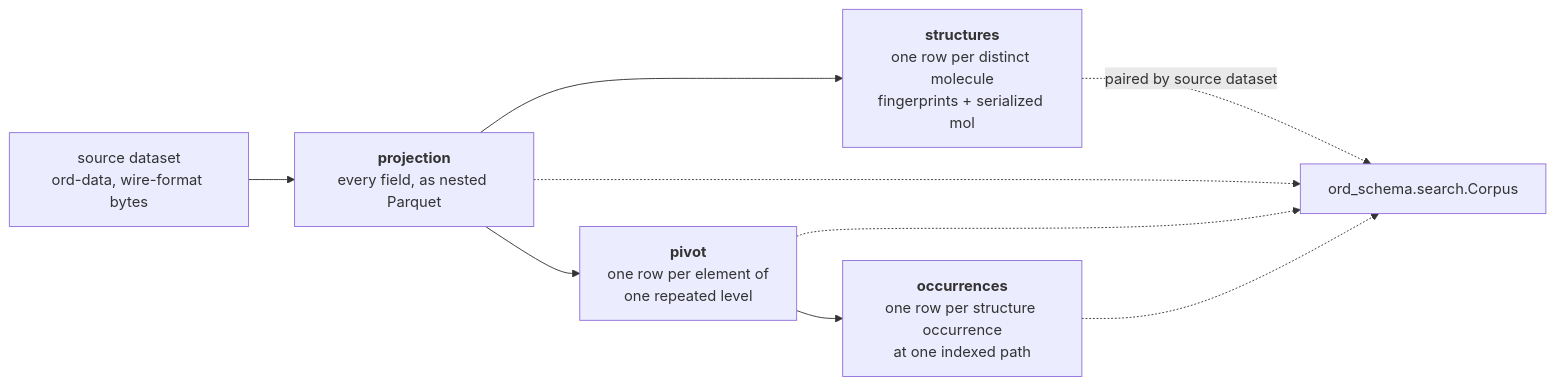
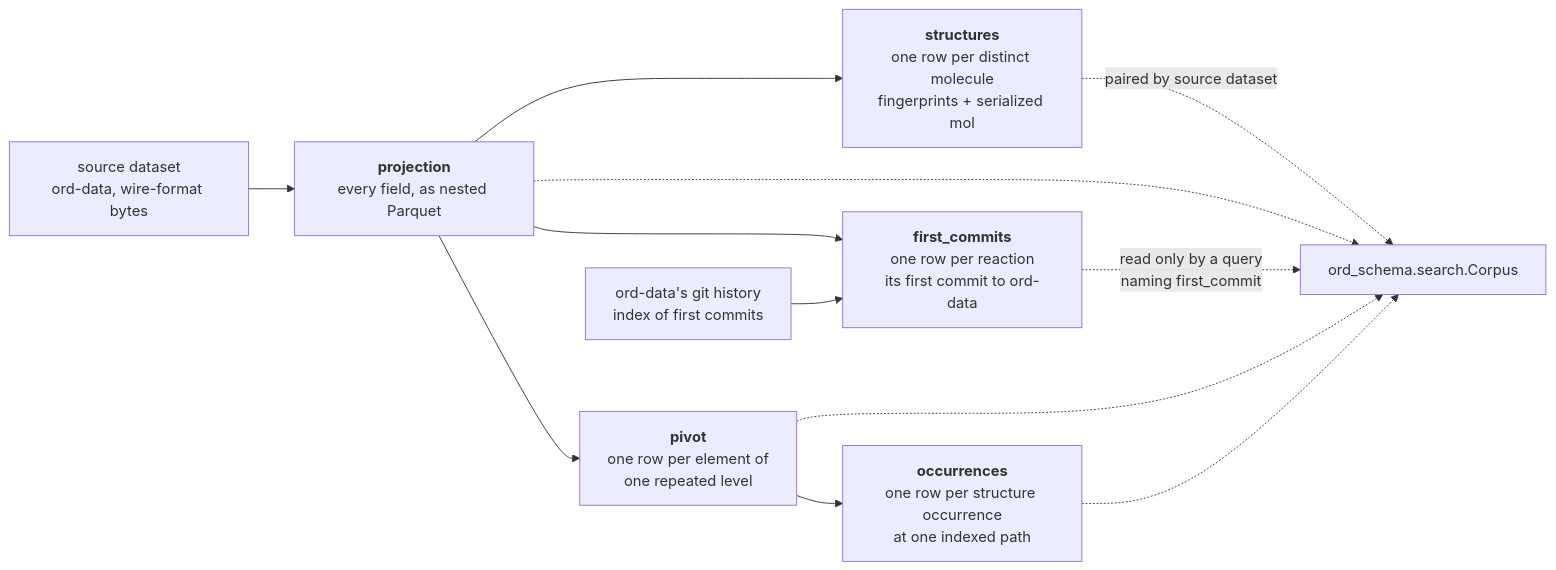
Before and after one commit to open-reaction-database/ord-schema: the diagram in ord_schema/artifacts/README.md, drawn with Mermaid. The commit also changed other lines of this file and 29 other files, not shown here.

First line of the commit message:
Record each reaction's first commit to ord-data in its own artifact (#1141)

````diff
--- a/ord_schema/artifacts/README.md
+++ b/ord_schema/artifacts/README.md
@@ -12,11 +14,14 @@
 ```mermaid
 flowchart LR
     D["source dataset<br/>ord-data, wire-format bytes"] --> P["<b>projection</b><br/>every field, as nested Parquet"]
     P --> S["<b>structures</b><br/>one row per distinct molecule<br/>fingerprints + serialized mol"]
+    P --> F["<b>first_commits</b><br/>one row per reaction<br/>its first commit to ord-data"]
+    H["ord-data's git history<br/>index of first commits"] --> F
     P --> V["<b>pivot</b><br/>one row per element of<br/>one repeated level"]
     V --> O["<b>occurrences</b><br/>one row per structure occurrence<br/>at one indexed path"]
     S -.->|"paired by source dataset"| C["ord_schema.search.Corpus"]
     P -.-> C
+    F -.->|"read only by a query<br/>naming first_commit"| C
     V -.-> C
     O -.-> C
 ```
````
